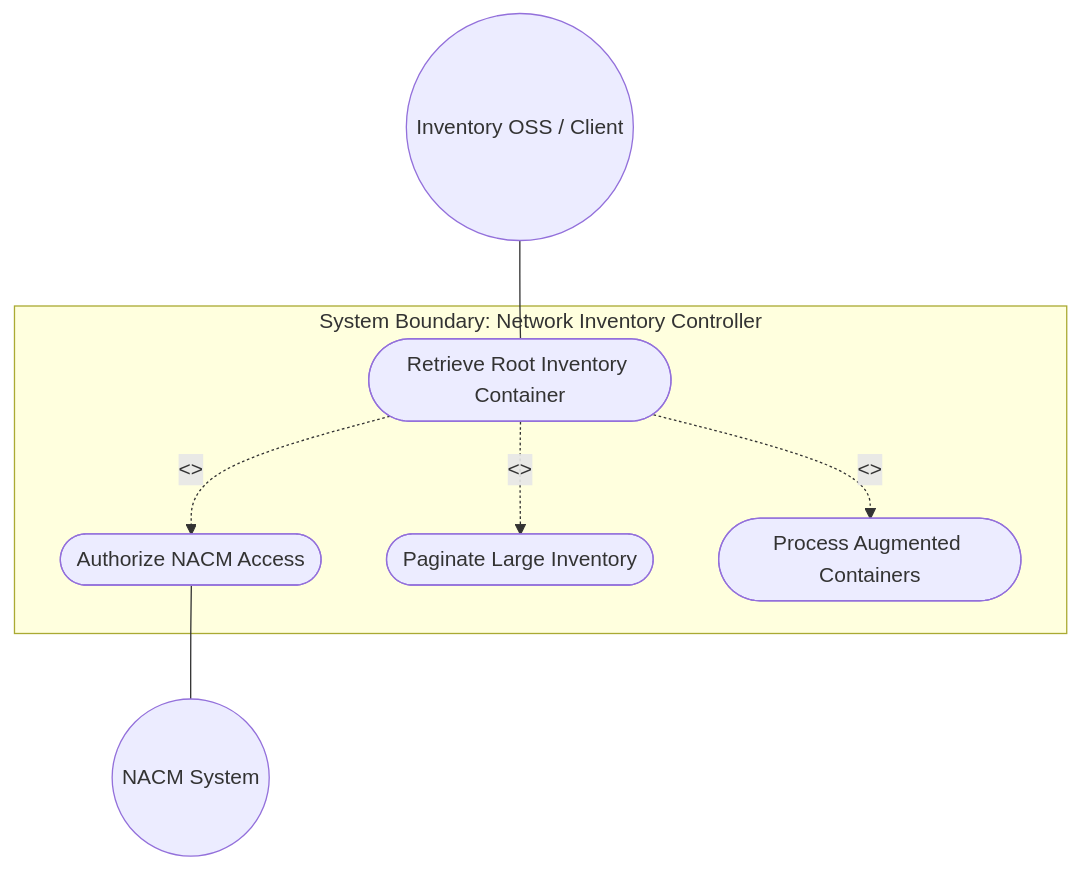
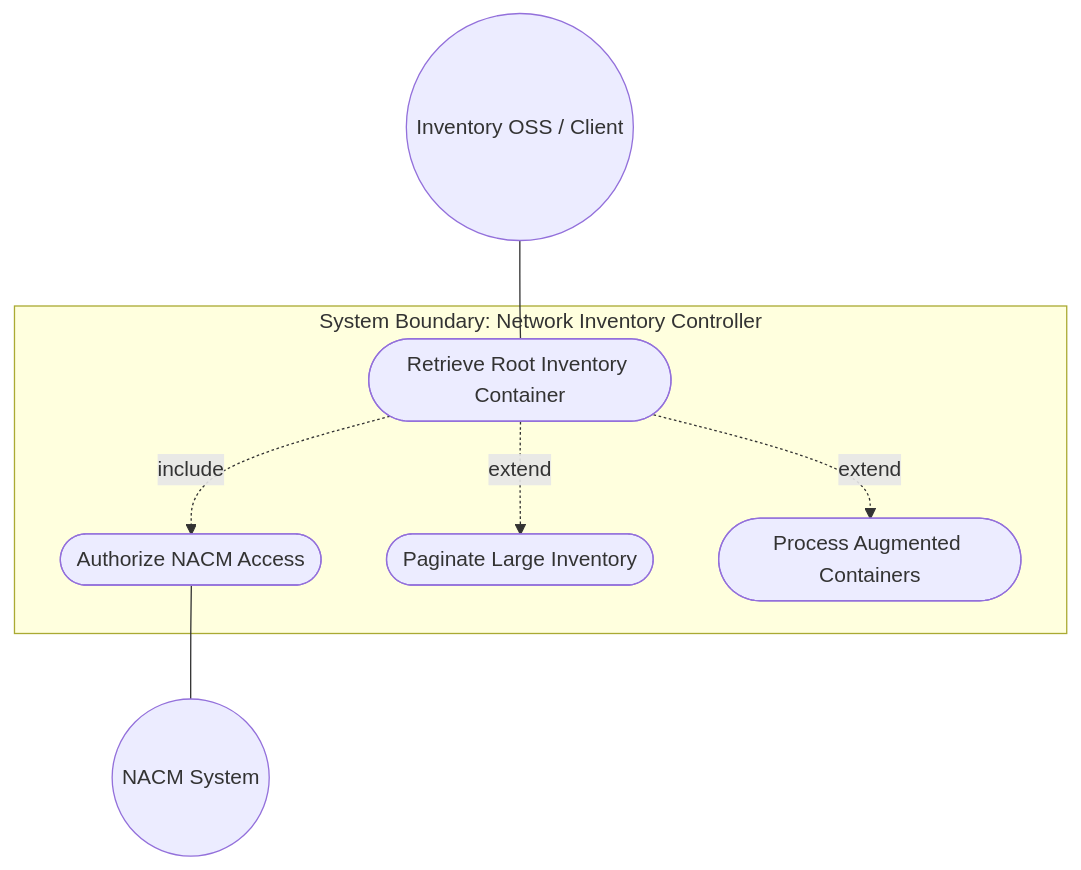
Before and after one commit to gintatkinson/3dgs-030: the first of 2 diagrams in docs/use-cases/uc-11-network-inventory-container.md, drawn with Mermaid. The commit also changed 17 other files, not shown here.

Commit message:
docs: fix Mermaid UML rendering in all 18 use cases -- remove <<include>>/<<extend>> angle brackets causing GitHub renderer failure

````diff
--- a/docs/use-cases/uc-11-network-inventory-container.md
+++ b/docs/use-cases/uc-11-network-inventory-container.md
@@ -82,14 +82,14 @@
 ```mermaid
 graph TD
     subgraph "System Boundary: Network Inventory Controller"
         UC_Root([Retrieve Root Inventory Container])
         UC_Auth([Authorize NACM Access])
         UC_Paginate([Paginate Large Inventory])
         UC_Augment([Process Augmented Containers])
     end
     OSS((Inventory OSS / Client)) --- UC_Root
-    UC_Root -. "<<include>>" .-> UC_Auth
-    UC_Root -. "<<extend>>" .-> UC_Paginate
-    UC_Root -. "<<extend>>" .-> UC_Augment
+    UC_Root -. "include" .-> UC_Auth
+    UC_Root -. "extend" .-> UC_Paginate
+    UC_Root -. "extend" .-> UC_Augment
     UC_Auth --- NACM((NACM System))
 ```
````
